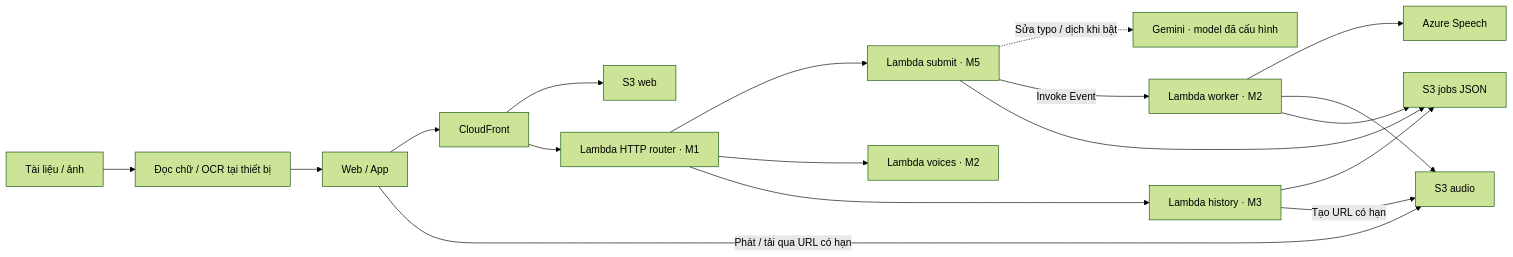
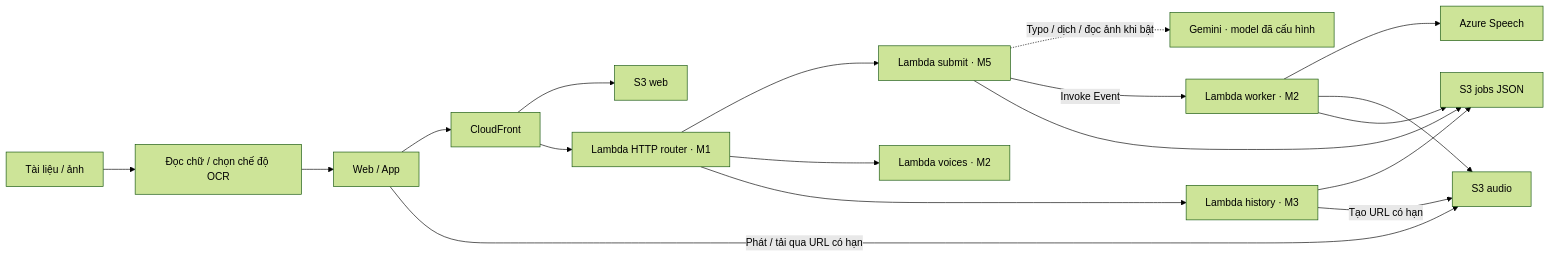
One commit to solvarhuynh/aws-multilingual-tts changed the diagram in README.md. Above: the diagram before and after it, drawn with Mermaid (forest theme). The commit also changed other lines of this file and 42 other files, not shown here.

````diff
--- a/README.md
+++ b/README.md
@@ -77,20 +77,20 @@
 ```mermaid
 flowchart LR
-    DOC[Tài liệu / ảnh] --> IMPORT[Đọc chữ / OCR tại thiết bị]
+    DOC[Tài liệu / ảnh] --> IMPORT[Đọc chữ / chọn chế độ OCR]
     IMPORT --> CLIENT
     CLIENT[Web / App] --> CF[CloudFront]
     CF --> WEB[S3 web]
     CF --> ROUTER[Lambda HTTP router · M1]
     ROUTER --> SUBMIT[Lambda submit · M5]
     ROUTER --> VOICES[Lambda voices · M2]
     ROUTER --> HISTORY[Lambda history · M3]
-    SUBMIT -.->|Sửa typo / dịch khi bật| GEMINI[Gemini · model đã cấu hình]
+    SUBMIT -.->|Typo / dịch / đọc ảnh khi bật| GEMINI[Gemini · model đã cấu hình]
     SUBMIT -->|Invoke Event| WORKER[Lambda worker · M2]
     WORKER --> AZURE[Azure Speech]
     WORKER --> AUDIO[S3 audio]
     SUBMIT --> JOBS[S3 jobs JSON]
     WORKER --> JOBS
     HISTORY --> JOBS
     HISTORY -->|Tạo URL có hạn| AUDIO
     CLIENT -->|Phát / tải qua URL có hạn| AUDIO
 ```
````
